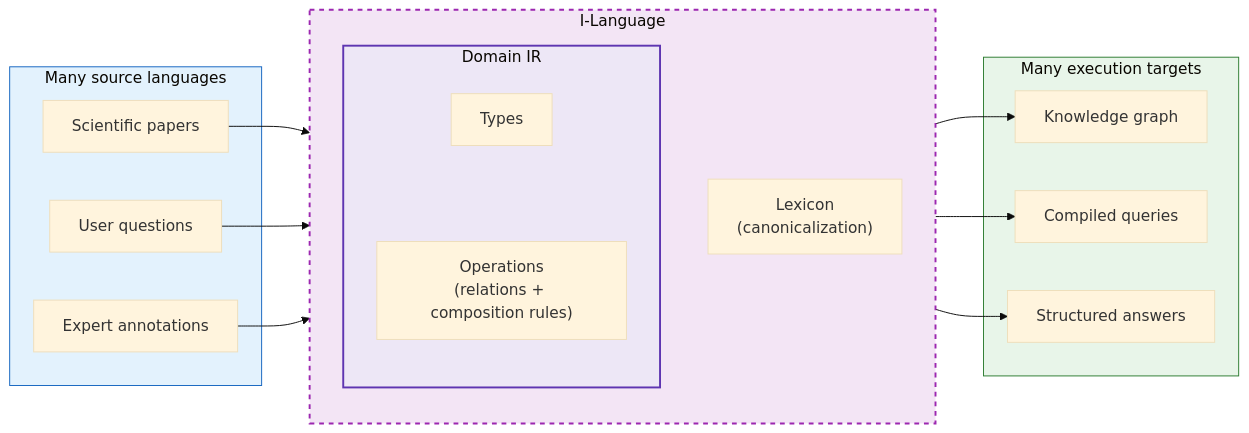
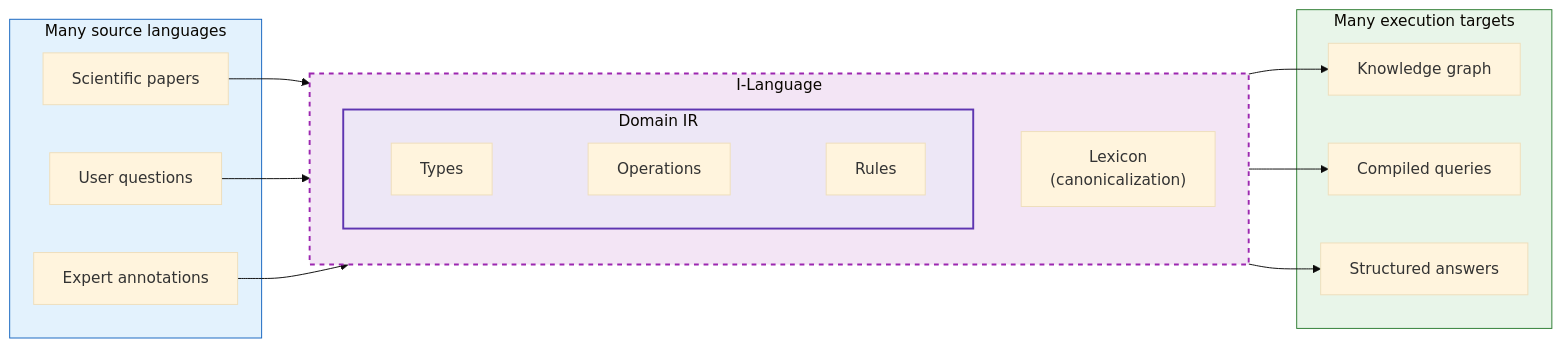
Before and after one commit to borisdev/borisdev.github.io: the first of 2 diagrams in docs/domain-grammar-compiler.md, drawn with Mermaid (base theme). The commit also changed other lines of this file, not shown here.

First line of the commit message:
Fix diagrams and Section 2: separate operations/rules, arrows from I-Language

````diff
--- a/docs/domain-grammar-compiler.md
+++ b/docs/domain-grammar-compiler.md
@@ -25,35 +25,35 @@
 ```mermaid
 flowchart LR
     subgraph Frontends["Many source languages"]
         S1["Scientific papers"]
         S2["User questions"]
         S3["Expert annotations"]
     end
 
     subgraph ILang["I-Language"]
         direction TB
         LEX1["Lexicon<br>(canonicalization)"]
         subgraph IR["Domain IR"]
-            direction TB
-            T["Types"] ~~~ O["Operations<br>(relations + composition rules)"]
+            direction LR
+            T["Types"] ~~~ O["Operations"] ~~~ R["Rules"]
         end
     end
 
     subgraph Backends["Many execution targets"]
         B1["Knowledge graph"]
         B2["Compiled queries"]
         B3["Structured answers"]
     end
 
     S1 --> ILang
     S2 --> ILang
     S3 --> ILang
     ILang --> B1
     ILang --> B2
     ILang --> B3
 
     style ILang fill:#f3e5f5,stroke:#9c27b0,stroke-width:2px,stroke-dasharray: 5 5
     style IR fill:#ede7f6,stroke:#5e35b1,stroke-width:2px
     style Frontends fill:#e3f2fd,stroke:#1565c0
     style Backends fill:#e8f5e9,stroke:#2e7d32
 ```
````
